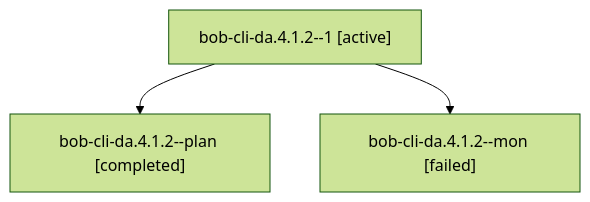
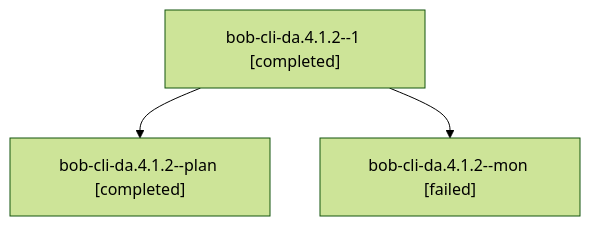
Before and after one commit to bobs-org/bob-cli--agents: the diagram in sessions/bbugyi200.athena.bob-cli-da.4.1.2.md, drawn with Mermaid (forest theme). The commit also changed other lines of this file and 68 other files, not shown here.

````diff
--- a/sessions/bbugyi200.athena.bob-cli-da.4.1.2.md
+++ b/sessions/bbugyi200.athena.bob-cli-da.4.1.2.md
@@ -9,8 +9,8 @@
 ```mermaid
 flowchart TD
-  n0["bob-cli-da.4.1.2--1 [active]"]
+  n0["bob-cli-da.4.1.2--1 [completed]"]
   n1["bob-cli-da.4.1.2--plan [completed]"]
   n0 --> n1
   n2["bob-cli-da.4.1.2--mon [failed]"]
   n0 --> n2
 ```
````
